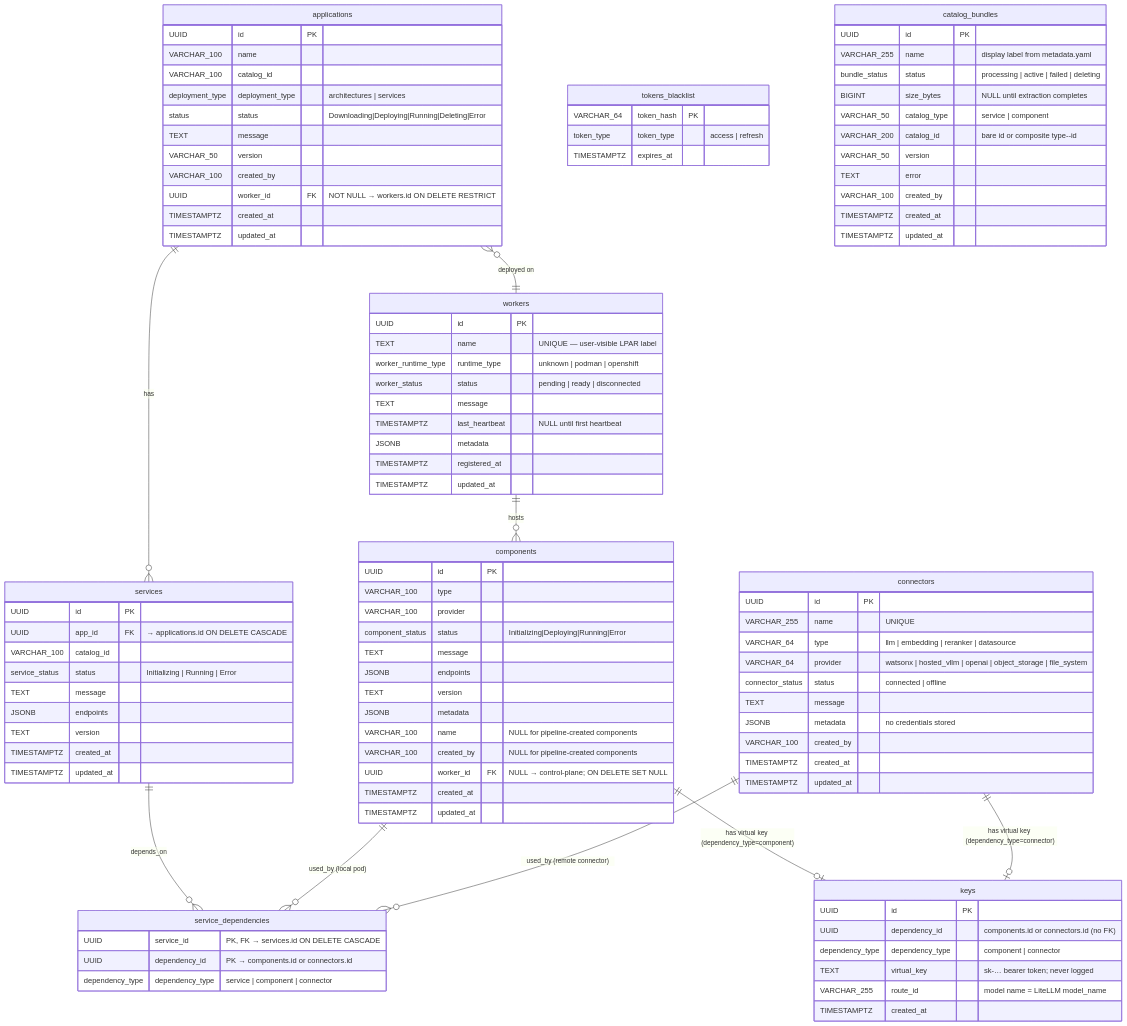
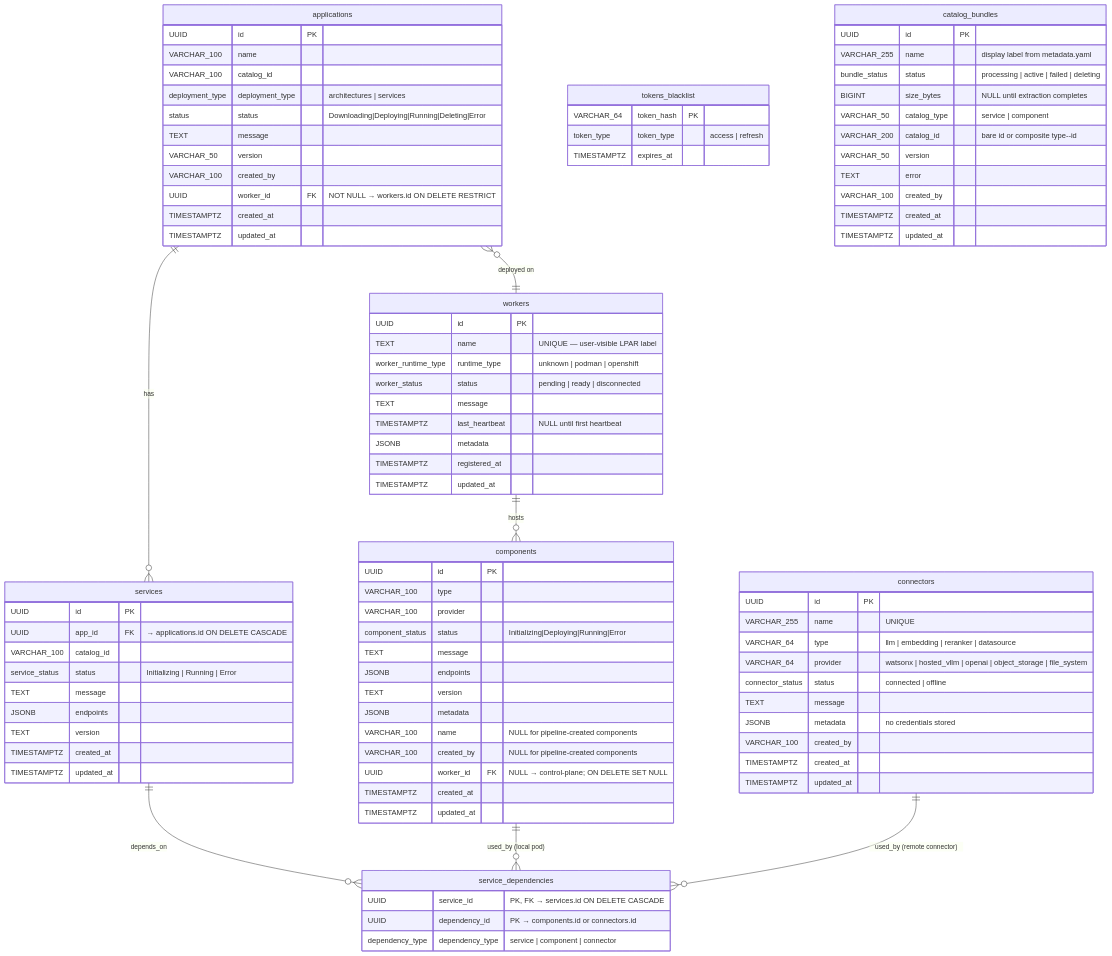
One commit to IBM/project-ai-services changed the diagram in docs/proposals/model-management/model-management-LLD.md. Above: the diagram before and after it, drawn with Mermaid. The commit also changed other lines of this file and 1 other file, not shown here.

Commit message:
Keys removal + Reusability

```diff
--- a/docs/proposals/model-management/model-management-LLD.md
+++ b/docs/proposals/model-management/model-management-LLD.md
@@ -845,8 +814,6 @@
     services     ||--o{ service_dependencies : "depends_on"
     components   ||--o{ service_dependencies : "used_by (local pod)"
     connectors   ||--o{ service_dependencies : "used_by (remote connector)"
-    components   ||--o| keys              : "has virtual key (dependency_type=component)"
-    connectors   ||--o| keys              : "has virtual key (dependency_type=connector)"
     workers      ||--o{ components        : "hosts"
 
     applications {
@@ -916,15 +883,6 @@
         TIMESTAMPTZ          updated_at
     }
 
-    keys {
-        UUID            id              PK
-        UUID            dependency_id      "components.id or connectors.id (no FK)"
-        dependency_type dependency_type    "component | connector"
-        TEXT        virtual_key        "sk-… bearer token; never logged"
-        VARCHAR_255 route_id           "model name = LiteLLM model_name"
-        TIMESTAMPTZ created_at
-    }
-
     service_dependencies {
         UUID            service_id      "PK, FK → services.id ON DELETE CASCADE"
         UUID            dependency_id   "PK → components.id or connectors.id"
```
